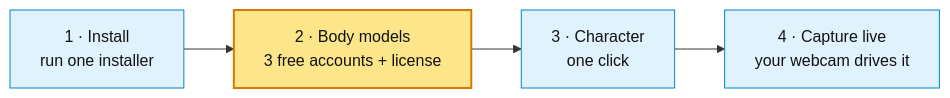
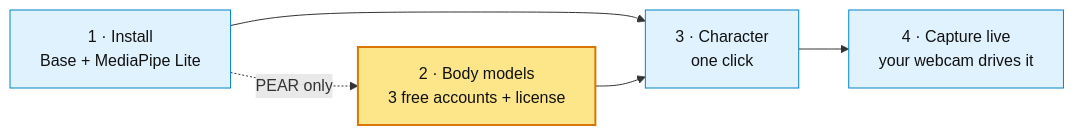
Before and after one commit to CorridorTech/PoseCap: the diagram in doc/guides/getting-started.md, drawn with Mermaid. The commit also changed other lines of this file and 12 other files, not shown here.

````diff
--- a/doc/guides/getting-started.md
+++ b/doc/guides/getting-started.md
@@ -18,10 +17,11 @@
 ```mermaid
 flowchart LR
-    A["1 · Install<br/>run one installer"] --> B["2 · Body models<br/>3 free accounts + license"]
-    B --> C["3 · Character<br/>one click"]
+    A["1 · Install<br/>Base + MediaPipe Lite"] --> C["3 · Character<br/>one click"]
+    A -. "PEAR only" .-> B["2 · Body models<br/>3 free accounts + license"]
+    B --> C
     C --> D["4 · Capture live<br/>your webcam drives it"]
     classDef manual fill:#fde68a,stroke:#d97706,color:#111,stroke-width:2px;
     classDef auto fill:#e0f2fe,stroke:#0284c7,color:#111;
     class B manual
     class A,C,D auto
 ```
````
